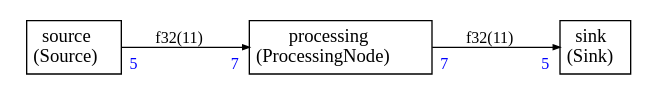
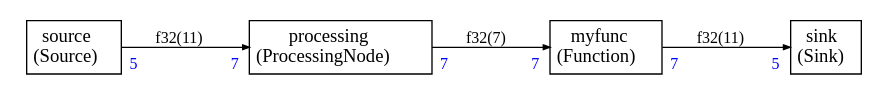
Before and after one commit to ARM-software/CMSIS-Stream: the diagram in Examples/callback/callback.dot, drawn with Graphviz. The commit also changed 63 other files, not shown here.

```diff
--- a/Examples/callback/callback.dot
+++ b/Examples/callback/callback.dot
@@ -1,48 +1,61 @@
 
 
 
 
 digraph structs {
     bgcolor = "white"
     node [shape=plaintext,color="black",fontcolor="black",fontname="Times-Roman"]
     rankdir=LR
     edge [arrowsize="0.5",color="black",fontcolor="black",fontname="Times-Roman"]
 
+
+myfunc1 [label=<
+<TABLE color="black" bgcolor="none" BORDER="0" CELLBORDER="1" CELLSPACING="0" CELLPADDING="4">
+  <TR>
+    <TD ALIGN="CENTER" PORT="i"><FONT COLOR="black" POINT-SIZE="14.0">myfunc<BR/>(Function)</FONT></TD>
+  </TR>
+</TABLE>>];
 
 processing [label=<
 <TABLE color="black" bgcolor="none" BORDER="0" CELLBORDER="1" CELLSPACING="0" CELLPADDING="4">
   <TR>
     <TD ALIGN="CENTER" PORT="i"><FONT COLOR="black" POINT-SIZE="14.0">processing<BR/>(ProcessingNode)</FONT></TD>
   </TR>
 </TABLE>>];
 
 sink [label=<
 <TABLE color="black" bgcolor="none" BORDER="0" CELLBORDER="1" CELLSPACING="0" CELLPADDING="4">
   <TR>
     <TD ALIGN="CENTER" PORT="i"><FONT COLOR="black" POINT-SIZE="14.0">sink<BR/>(Sink)</FONT></TD>
   </TR>
 </TABLE>>];
 
 source [label=<
 <TABLE color="black" bgcolor="none" BORDER="0" CELLBORDER="1" CELLSPACING="0" CELLPADDING="4">
   <TR>
     <TD ALIGN="CENTER" PORT="i"><FONT COLOR="black" POINT-SIZE="14.0">source<BR/>(Source)</FONT></TD>
   </TR>
 </TABLE>>];
 
 
 
 source:i -> processing:i [style="solid",color="black",fontsize="12.0",fontcolor="black",label=<f32(11)>
 ,headlabel=<<TABLE BORDER="0" CELLPADDING="4"><TR><TD><FONT COLOR="blue" POINT-SIZE="12.0" >7</FONT>
 </TD></TR></TABLE>>
 ,taillabel=<<TABLE BORDER="0" CELLPADDING="4"><TR><TD><FONT COLOR="blue" POINT-SIZE="12.0" >5</FONT>
 </TD></TR></TABLE>>]
 
-processing:i -> sink:i [style="solid",color="black",fontsize="12.0",fontcolor="black",label=<f32(11)>
+processing:i -> myfunc1:i [style="solid",color="black",fontsize="12.0",fontcolor="black",label=<f32(7)>
+,headlabel=<<TABLE BORDER="0" CELLPADDING="4"><TR><TD><FONT COLOR="blue" POINT-SIZE="12.0" >7</FONT>
+</TD></TR></TABLE>>
+,taillabel=<<TABLE BORDER="0" CELLPADDING="4"><TR><TD><FONT COLOR="blue" POINT-SIZE="12.0" >7</FONT>
+</TD></TR></TABLE>>]
+
+myfunc1:i -> sink:i [style="solid",color="black",fontsize="12.0",fontcolor="black",label=<f32(11)>
 ,headlabel=<<TABLE BORDER="0" CELLPADDING="4"><TR><TD><FONT COLOR="blue" POINT-SIZE="12.0" >5</FONT>
 </TD></TR></TABLE>>
 ,taillabel=<<TABLE BORDER="0" CELLPADDING="4"><TR><TD><FONT COLOR="blue" POINT-SIZE="12.0" >7</FONT>
 </TD></TR></TABLE>>]
 
 
 }
```
